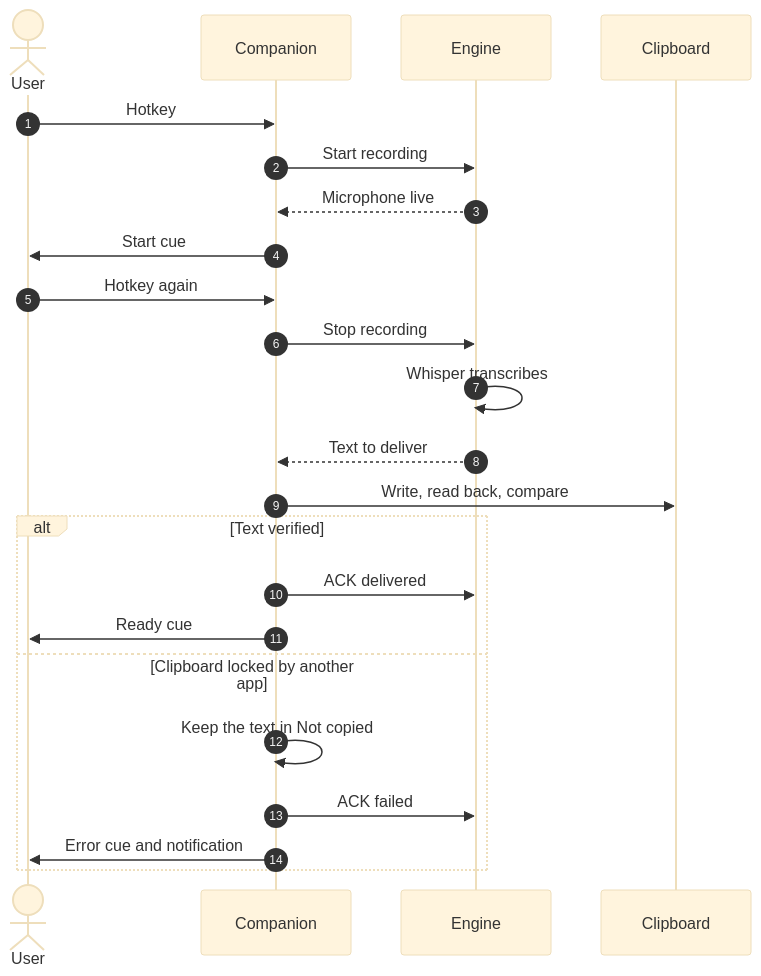
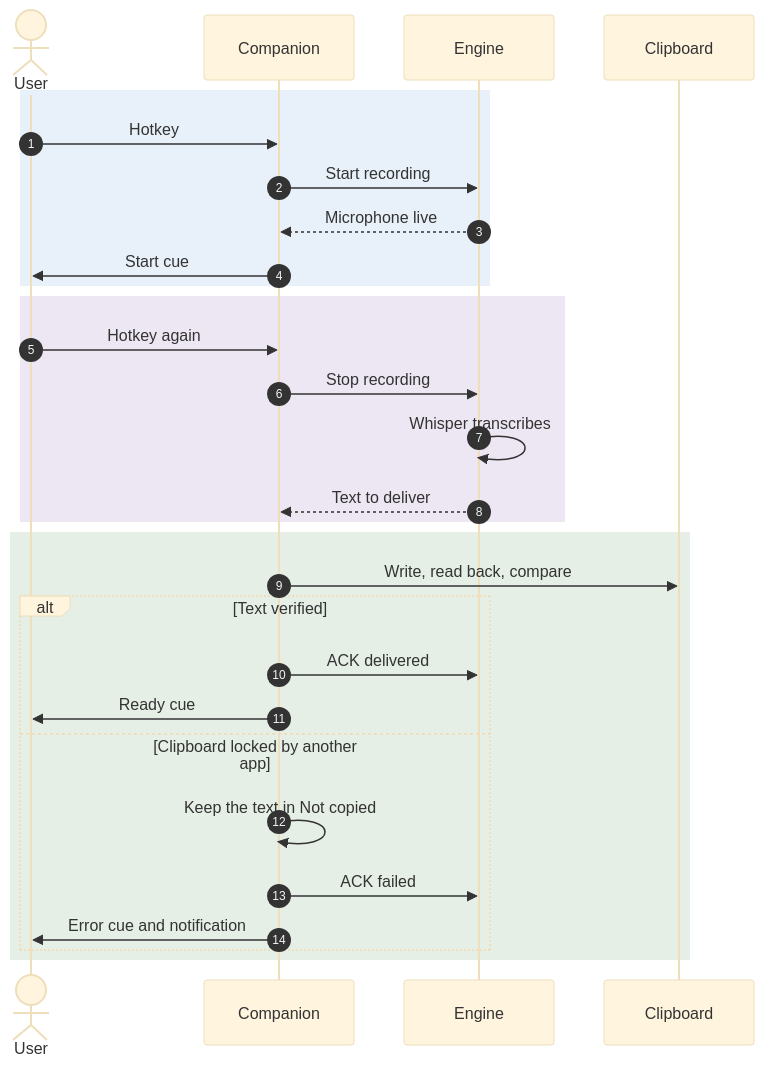
One commit to nano-br/voice-mate changed the third of 6 diagrams in README.md. Above: the diagram before and after it, drawn with Mermaid (base theme). The commit also changed other lines of this file and 76 other files, not shown here.

````diff
--- a/README.md
+++ b/README.md
@@ -206,25 +302,31 @@
 ```mermaid
 sequenceDiagram
     autonumber
     actor U as User
     participant C as Companion
     participant E as Engine
     participant CB as Clipboard
-    U->>C: Hotkey
-    C->>E: Start recording
-    E-->>C: Microphone live
-    C->>U: Start cue
-    U->>C: Hotkey again
-    C->>E: Stop recording
-    E->>E: Whisper transcribes
-    E-->>C: Text to deliver
-    C->>CB: Write, read back, compare
-    alt Text verified
-        C->>E: ACK delivered
-        C->>U: Ready cue
-    else Clipboard locked by another app
-        C->>C: Keep the text in Not copied
-        C->>E: ACK failed
-        C->>U: Error cue and notification
+    rect rgba(67,141,213,0.12)
+        U->>C: Hotkey
+        C->>E: Start recording
+        E-->>C: Microphone live
+        C->>U: Start cue
+    end
+    rect rgba(106,61,154,0.12)
+        U->>C: Hotkey again
+        C->>E: Stop recording
+        E->>E: Whisper transcribes
+        E-->>C: Text to deliver
+    end
+    rect rgba(46,125,50,0.12)
+        C->>CB: Write, read back, compare
+        alt Text verified
+            C->>E: ACK delivered
+            C->>U: Ready cue
+        else Clipboard locked by another app
+            C->>C: Keep the text in Not copied
+            C->>E: ACK failed
+            C->>U: Error cue and notification
+        end
     end
 ```
````
